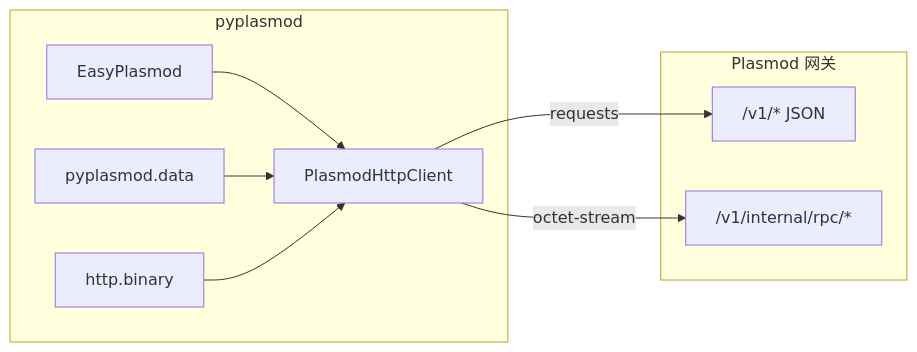
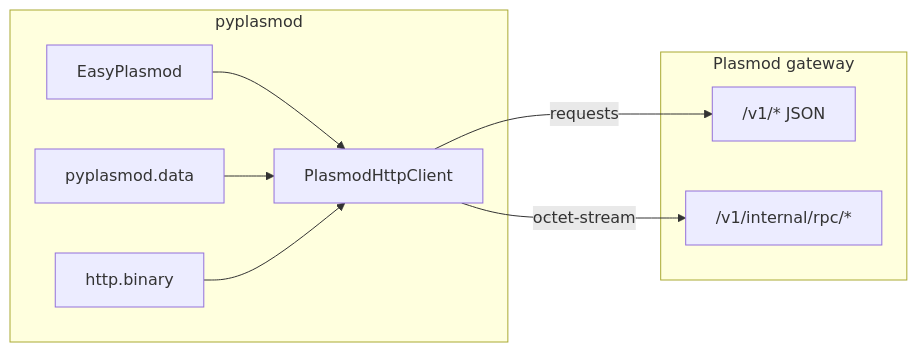
The diagram in docs/plans/pyplasmod-001-http-sdk-design.md (CodeSoul-co/pyplasmod), drawn with Mermaid before and after one commit. The commit also changed other lines of this file and 17 other files, not shown here.

````diff
--- a/docs/plans/pyplasmod-001-http-sdk-design.md
+++ b/docs/plans/pyplasmod-001-http-sdk-design.md
@@ -53,18 +53,18 @@
 ```mermaid
 flowchart LR
   subgraph client [pyplasmod]
     EZ[EasyPlasmod]
     DATA[pyplasmod.data]
     HC[PlasmodHttpClient]
     BIN[http.binary]
     EZ --> HC
     DATA --> HC
     BIN --> HC
   end
-  subgraph server [Plasmod 网关]
+  subgraph server [Plasmod gateway]
     JSON["/v1/* JSON"]
     RPC["/v1/internal/rpc/*"]
   end
   HC -->|requests| JSON
   HC -->|octet-stream| RPC
 ```
````
